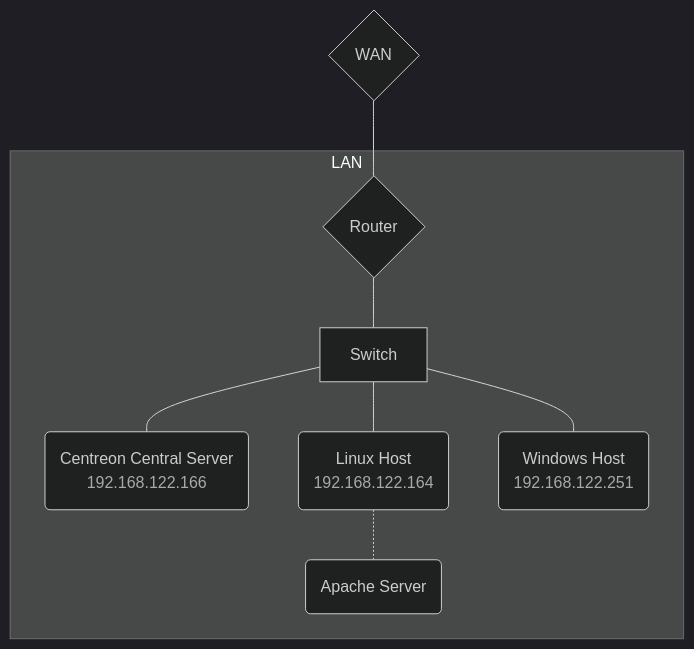
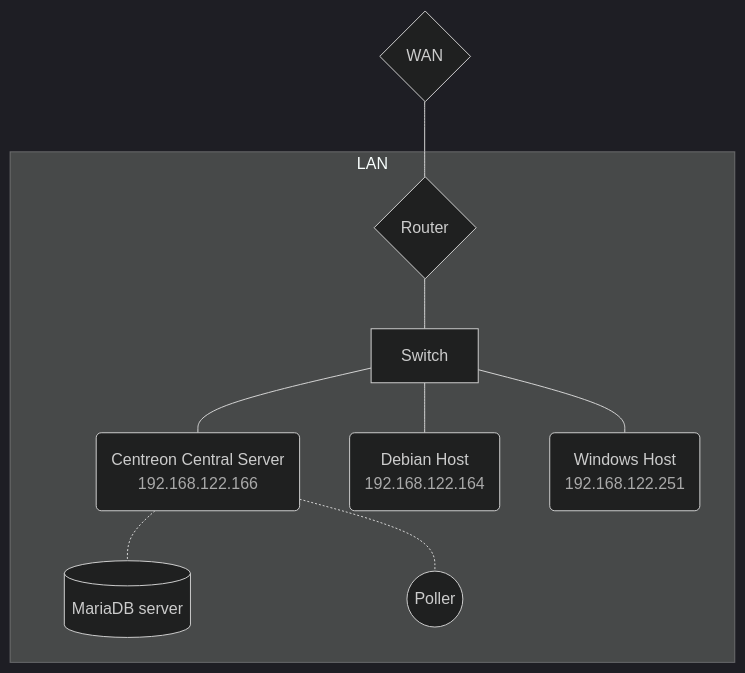
One commit to xeylou/testade.xeylou.fr changed the third of 3 diagrams in content/posts/centreon-it-overview/index.md. Above: the diagram before and after it, drawn with Mermaid. The commit also changed other lines of this file and 1 other file, not shown here.

```diff
--- a/content/posts/centreon-it-overview/index.md
+++ b/content/posts/centreon-it-overview/index.md
@@ -148,21 +150,22 @@
 {{< mermaid >}}
 %%{init: {'theme':'dark'}}%%
 graph TD
 
 subgraph lan[LAN]
 router{Router}
 switch[Switch]
 centreon(Centreon Central Server<br><font color="#a9a9a9">192.168.122.166</font>)
-linux(Linux Host<br><font color="#a9a9a9">192.168.122.164</font>)
+linux(Debian Host<br><font color="#a9a9a9">192.168.122.164</font>)
 win(Windows Host<br><font color="#a9a9a9">192.168.122.251</font>)
-apache(Apache Server)
+mariadb[(MariaDB server)]
+poller((Poller))
 end
 
 wan{WAN}---router
 router---switch
 switch---centreon
 switch---linux
 switch---win
-linux-.-apache
+centreon-.-mariadb & poller
 
 {{< /mermaid >}}
```
